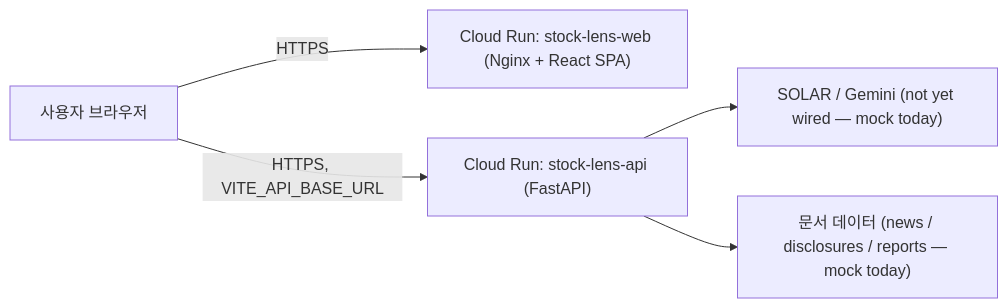
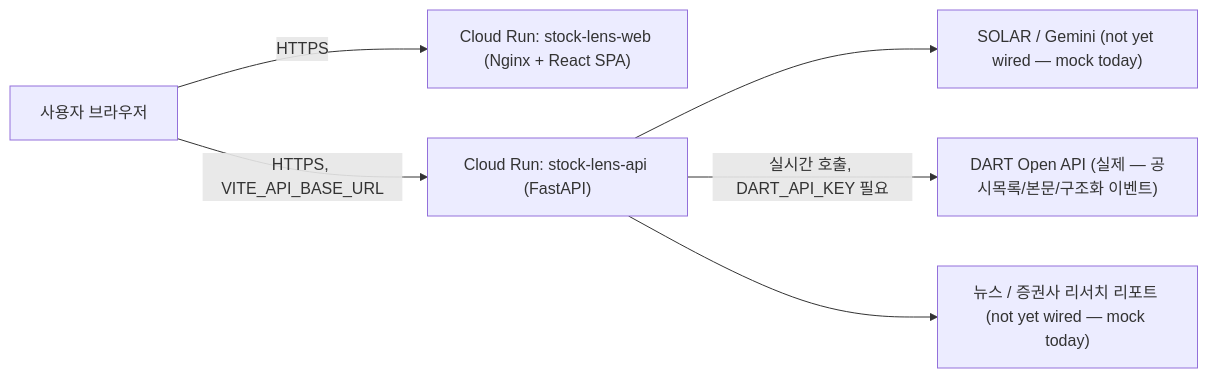
Before and after one commit to jiwoon084/stock-lens: the first of 3 diagrams in docs/architecture.md, drawn with Mermaid. The commit also changed other lines of this file and 8 other files, not shown here.

````diff
--- a/docs/architecture.md
+++ b/docs/architecture.md
@@ -5,13 +5,15 @@
 ```mermaid
 flowchart LR
     Browser["사용자 브라우저"]
     Web["Cloud Run: stock-lens-web (Nginx + React SPA)"]
     Api["Cloud Run: stock-lens-api (FastAPI)"]
     LLM["SOLAR / Gemini (not yet wired — mock today)"]
-    Docs["문서 데이터 (news / disclosures / reports — mock today)"]
+    Dart["DART Open API (실제 — 공시목록/본문/구조화 이벤트)"]
+    News["뉴스 / 증권사 리서치 리포트 (not yet wired — mock today)"]
 
     Browser -->|HTTPS| Web
     Browser -->|HTTPS, VITE_API_BASE_URL| Api
     Api --> LLM
-    Api --> Docs
+    Api -->|실시간 호출, DART_API_KEY 필요| Dart
+    Api --> News
 ```
````
